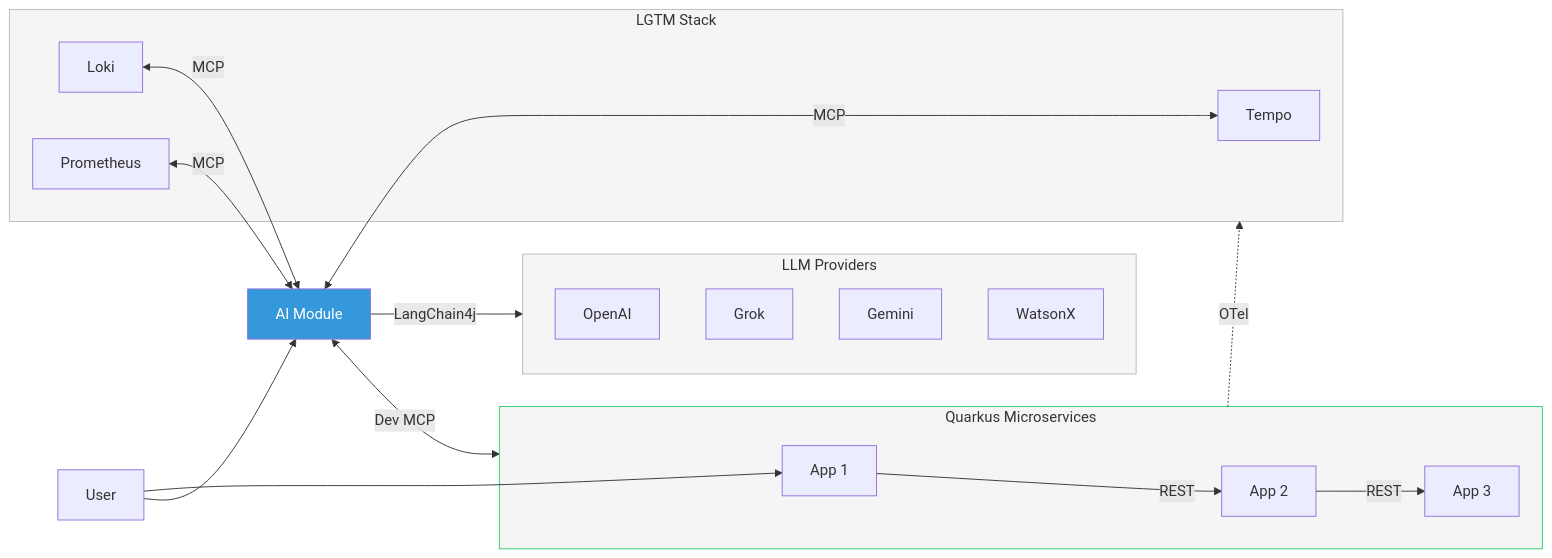
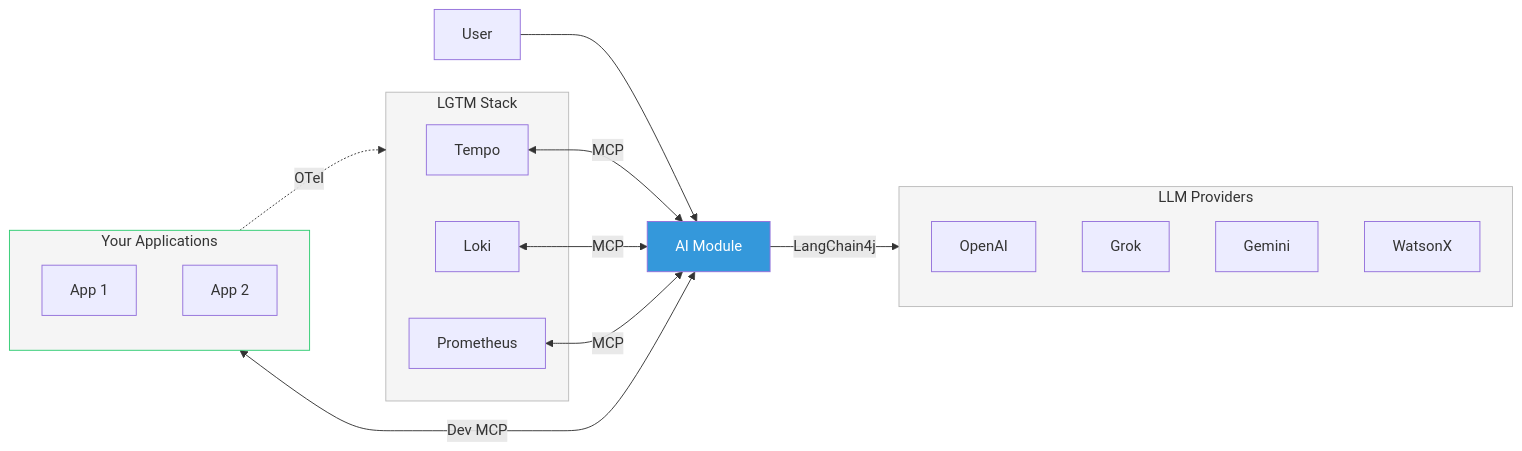
Before and after one commit to quarkiverse/quarkus-telemetry-ai: the first of 4 diagrams in docs/supplementary/BLOG.adoc, drawn with Mermaid. The commit also changed other lines of this file and 5 other files, not shown here.

Commit message:
Update docs to use Mermaid. Remove proxy, app from docs and blog.

```diff
--- a/docs/supplementary/BLOG.adoc
+++ b/docs/supplementary/BLOG.adoc
@@ -29,36 +29,32 @@
 [mermaid]
 ....
 flowchart LR
 User[User]
 AI[AI Module]
-subgraph Apps[Quarkus Microservices]
+subgraph YourApps[Your Applications]
 App1[App 1]
 App2[App 2]
-App3[App 3]
 end
 subgraph LGTM[LGTM Stack]
 Tempo[Tempo]
 Loki[Loki]
 Prom[Prometheus]
 end
 subgraph LLMs[LLM Providers]
 OpenAI[OpenAI]
 Grok[Grok]
 Gemini[Gemini]
 WatsonX[WatsonX]
 end
 User --> AI
-User --> App1
-App1 -->|REST| App2
-App2 -->|REST| App3
-Apps -.->|OTel| LGTM
+YourApps -.->|OTel| LGTM
 Tempo <-->|MCP| AI
 Loki <-->|MCP| AI
 Prom <-->|MCP| AI
-AI <-->|Dev MCP| Apps
+AI <-->|Dev MCP| YourApps
 AI -->|LangChain4j| LLMs
 style AI fill:#3498db,color:#fff
-style Apps fill:#f5f5f5,stroke:#2ecc71
+style YourApps fill:#f5f5f5,stroke:#2ecc71
 style LGTM fill:#f5f5f5,stroke:#bbb
 style LLMs fill:#f5f5f5,stroke:#bbb
 ....
```
